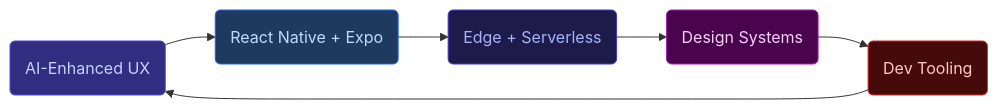
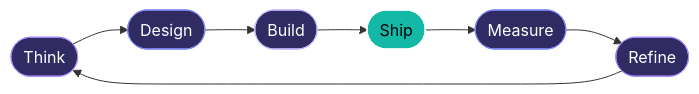
The second of 5 diagrams in README.md (haxcod/haxcod), drawn with Mermaid before and after one commit. The commit also changed other lines of this file, not shown here.

````diff
--- a/README.md
+++ b/README.md
@@ -289,14 +103,16 @@
 ```mermaid
 flowchart LR
-    A("AI-Enhanced UX") --> B("React Native + Expo")
-    B --> C("Edge + Serverless")
-    C --> D("Design Systems")
-    D --> E("Dev Tooling")
-    E --> A
+    A([Think]) --> B([Design])
+    B --> C([Build])
+    C --> D([Ship])
+    D --> E([Measure])
+    E --> F([Refine])
+    F --> A
 
-    style A fill:#312e81,color:#c7d2fe,stroke:#4f46e5
-    style B fill:#1e3a5f,color:#bfdbfe,stroke:#2563eb
-    style C fill:#1e1b4b,color:#a5b4fc,stroke:#4338ca
-    style D fill:#4a044e,color:#f5d0fe,stroke:#a21caf
-    style E fill:#450a0a,color:#fecaca,stroke:#dc2626
+    style A fill:#302b63,stroke:#A78BFA,color:#fff
+    style B fill:#302b63,stroke:#818CF8,color:#fff
+    style C fill:#302b63,stroke:#C4B5FD,color:#fff
+    style D fill:#14B8A6,stroke:#fff,color:#000
+    style E fill:#302b63,stroke:#818CF8,color:#fff
+    style F fill:#302b63,stroke:#A78BFA,color:#fff
 ```
````
